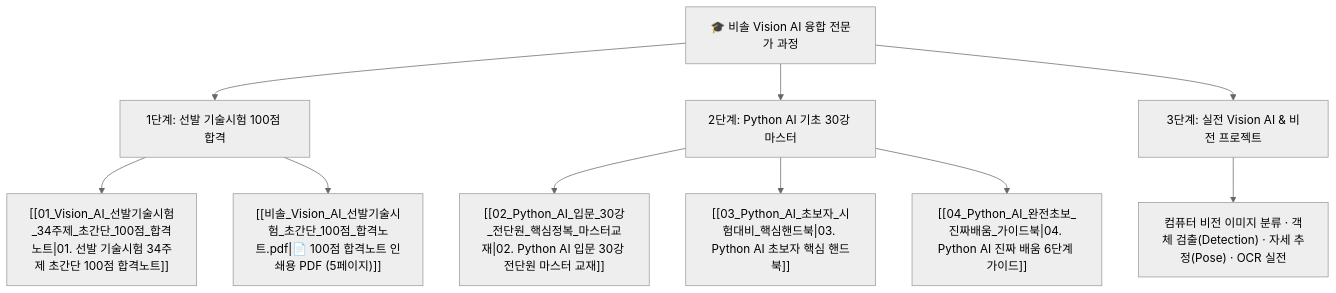
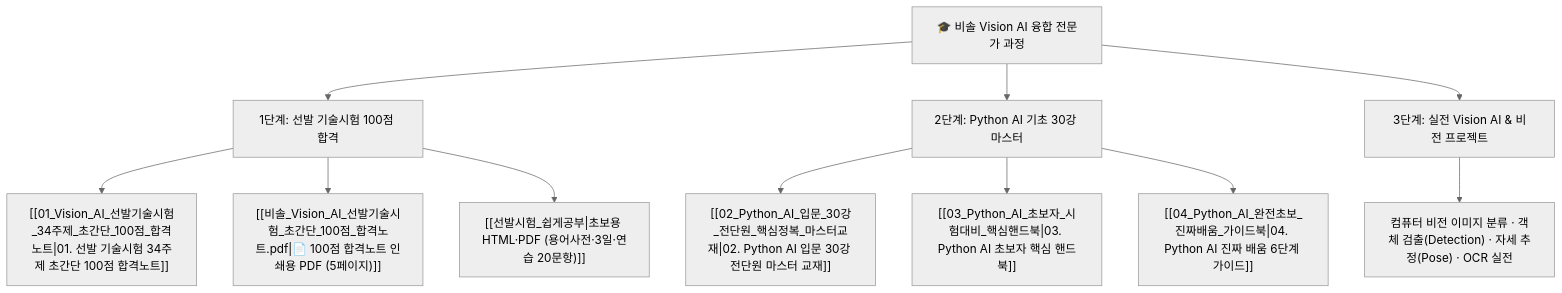
One commit to incarnation44/obsidian-vault changed the diagram in 06_비솔_Vision_AI_수업과정/00_비솔_Vision_AI_수업과정_통합대시보드.md. Above: the diagram before and after it, drawn with Mermaid (neutral theme). The commit also changed other lines of this file and 117 other files, not shown here.

````diff
--- a/06_비솔_Vision_AI_수업과정/00_비솔_Vision_AI_수업과정_통합대시보드.md
+++ b/06_비솔_Vision_AI_수업과정/00_비솔_Vision_AI_수업과정_통합대시보드.md
@@ -28,15 +33,16 @@
 ```mermaid
 graph TD
     A["🎓 비솔 Vision AI 융합 전문가 과정"] --> B["1단계: 선발 기술시험 100점 합격"]
     A --> C["2단계: Python AI 기초 30강 마스터"]
     A --> D["3단계: 실전 Vision AI & 비전 프로젝트"]
 
     B --> B1["[[01_Vision_AI_선발기술시험_34주제_초간단_100점_합격노트|01. 선발 기술시험 34주제 초간단 100점 합격노트]]"]
     B --> B2["[[비솔_Vision_AI_선발기술시험_초간단_100점_합격노트.pdf|📄 100점 합격노트 인쇄용 PDF (5페이지)]]"]
+    B --> B3["[[선발시험_쉽게공부|초보용 HTML·PDF (용어사전·3일·연습 20문항)]]"]
 
     C --> C1["[[02_Python_AI_입문_30강_전단원_핵심정복_마스터교재|02. Python AI 입문 30강 전단원 마스터 교재]]"]
     C --> C2["[[03_Python_AI_초보자_시험대비_핵심핸드북|03. Python AI 초보자 핵심 핸드북]]"]
     C --> C3["[[04_Python_AI_완전초보_진짜배움_가이드북|04. Python AI 진짜 배움 6단계 가이드]]"]
 
     D --> D1["컴퓨터 비전 이미지 분류 · 객체 검출(Detection) · 자세 추정(Pose) · OCR 실전"]
 ```
````
